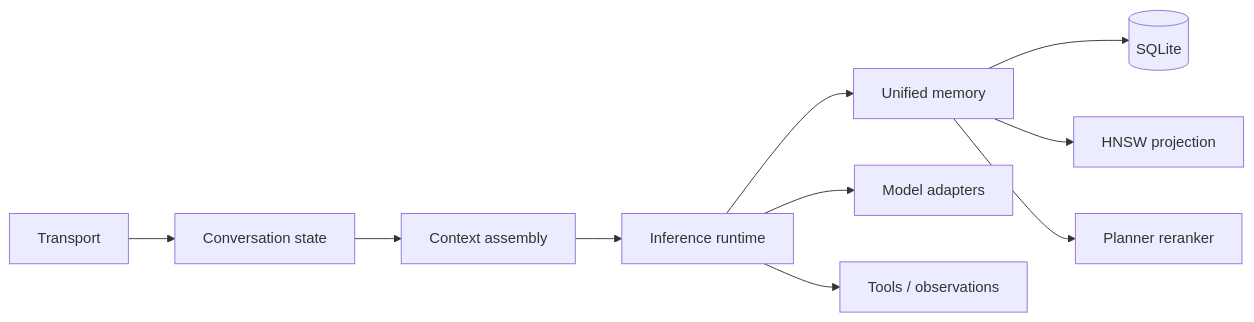
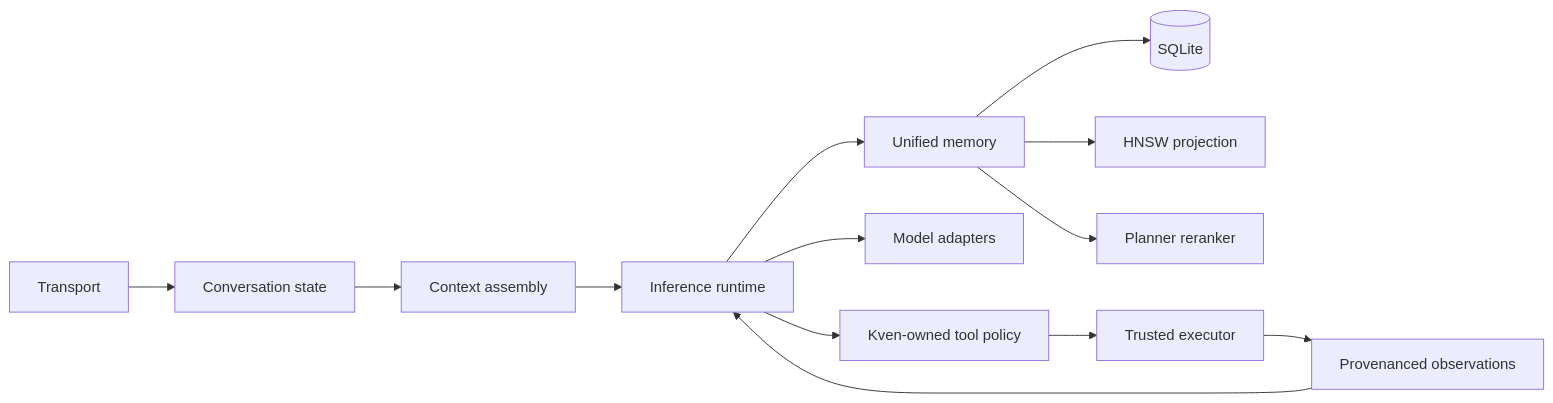
The diagram in docs/ARCHITECTURE.md (eugene-kuris/Kven-II), drawn with Mermaid before and after one commit. The commit also changed other lines of this file and 5 other files, not shown here.

Commit message:
Publish trusted tool continuation architecture

````diff
--- a/docs/ARCHITECTURE.md
+++ b/docs/ARCHITECTURE.md
@@ -9,14 +9,17 @@
 ```mermaid
 flowchart LR
     Transport[Transport] --> Conversation[Conversation state]
     Conversation --> Context[Context assembly]
     Context --> Runtime[Inference runtime]
 
     Runtime --> Memory[Unified memory]
     Memory --> Durable[(SQLite)]
     Memory --> Vector[HNSW projection]
     Memory --> Rank[Planner reranker]
 
     Runtime --> Model[Model adapters]
-    Runtime --> Tools[Tools / observations]
+    Runtime --> Tools[Kven-owned tool policy]
+    Tools --> Executor[Trusted executor]
+    Executor --> Observations[Provenanced observations]
+    Observations --> Runtime
 ```
````
